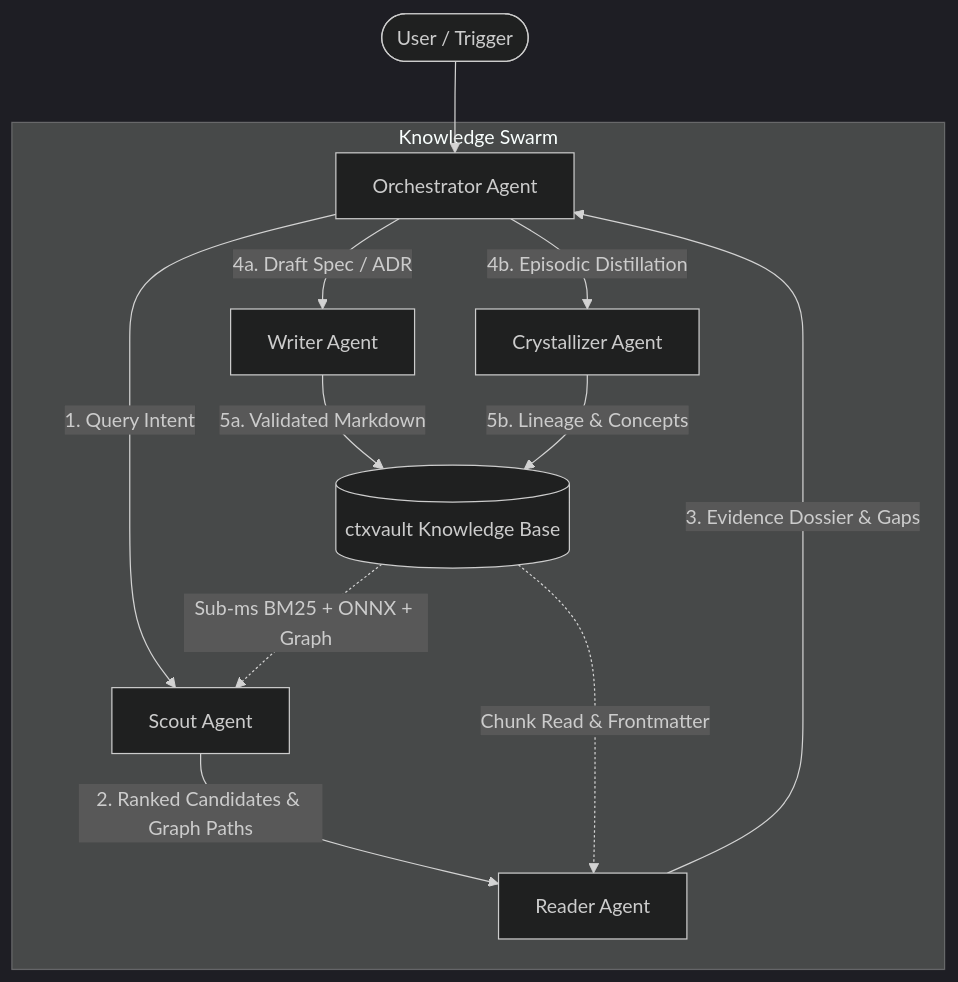
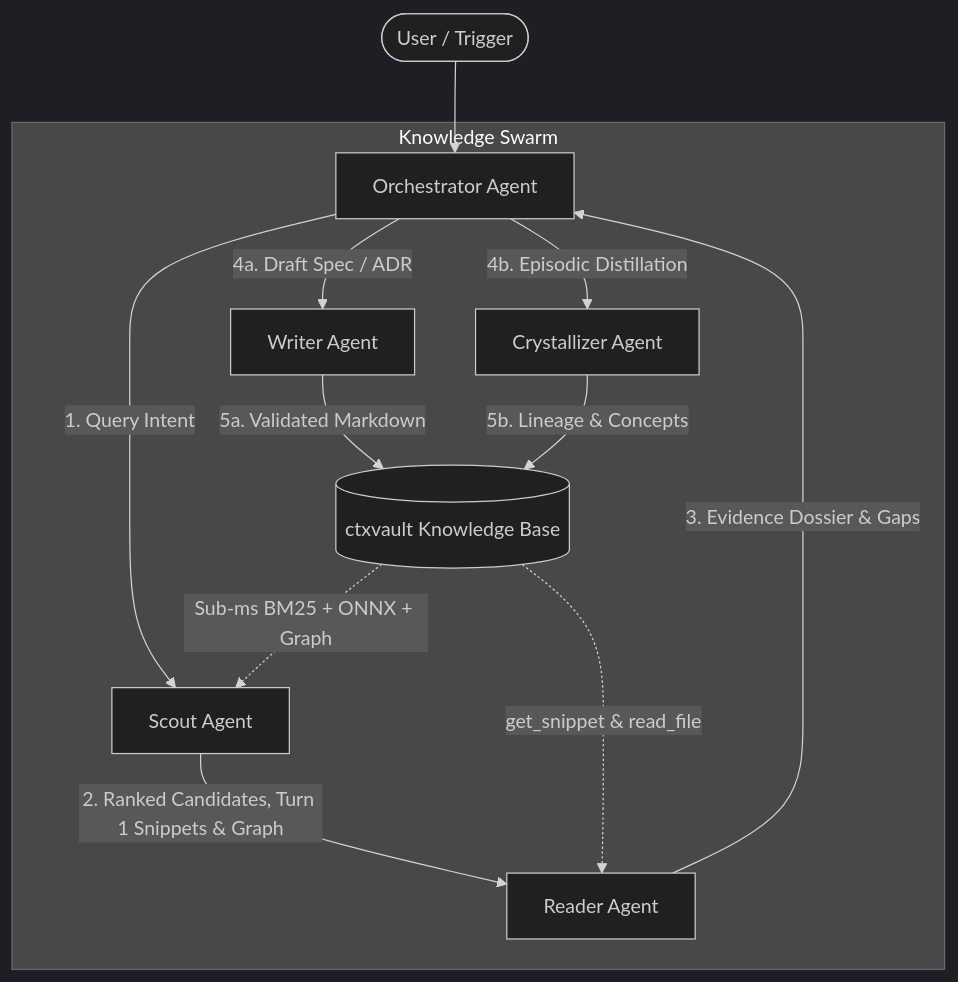
The diagram in examples/agents/swarm_orchestration.md (t3e1er/ctxvault), drawn with Mermaid (dark theme) before and after one commit. The commit also changed other lines of this file and 24 other files, not shown here.

````diff
--- a/examples/agents/swarm_orchestration.md
+++ b/examples/agents/swarm_orchestration.md
@@ -5,19 +5,19 @@
 ```mermaid
 flowchart TD
     User([User / Trigger]) --> Orch[Orchestrator Agent]
     
     subgraph "Knowledge Swarm"
         Orch -->|1. Query Intent| Scout[Scout Agent]
-        Scout -->|2. Ranked Candidates & Graph Paths| Reader[Reader Agent]
+        Scout -->|2. Ranked Candidates, Turn 1 Snippets & Graph| Reader[Reader Agent]
         Reader -->|3. Evidence Dossier & Gaps| Orch
         
         Orch -->|4a. Draft Spec / ADR| Writer[Writer Agent]
         Orch -->|4b. Episodic Distillation| Cryst[Crystallizer Agent]
         
         Writer -->|5a. Validated Markdown| Vault[(ctxvault Knowledge Base)]
         Cryst -->|5b. Lineage & Concepts| Vault
     end
     
     Vault -.->|Sub-ms BM25 + ONNX + Graph| Scout
-    Vault -.->|Chunk Read & Frontmatter| Reader
+    Vault -.->|get_snippet & read_file| Reader
 ```
````
